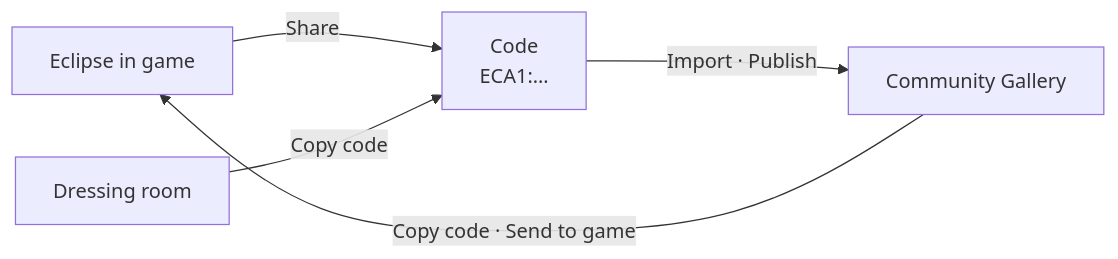
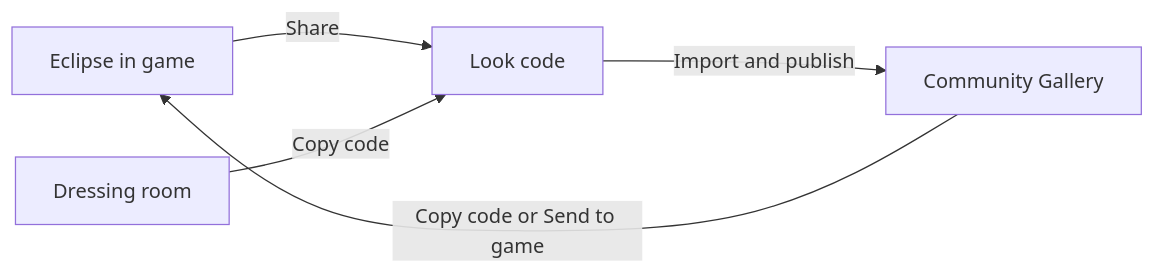
Before and after one commit to Kirazul/Eclipse: the diagram in README.md, drawn with Mermaid.

Commit message:
feat: the README diagram renders on GitHub

````diff
--- a/README.md
+++ b/README.md
@@ -82,7 +82,7 @@
 ```mermaid
 flowchart LR
-    game["Eclipse in game"] -- "Share" --> code["Code<br/>ECA1:…"]
-    code -- "Import · Publish" --> site["Community Gallery"]
-    site -- "Copy code · Send to game" --> game
-    room["Dressing room"] -- "Copy code" --> code
+    game["Eclipse in game"] -->|Share| code["Look code"]
+    code -->|Import and publish| site["Community Gallery"]
+    site -->|Copy code or Send to game| game
+    room["Dressing room"] -->|Copy code| code
 ```
````
